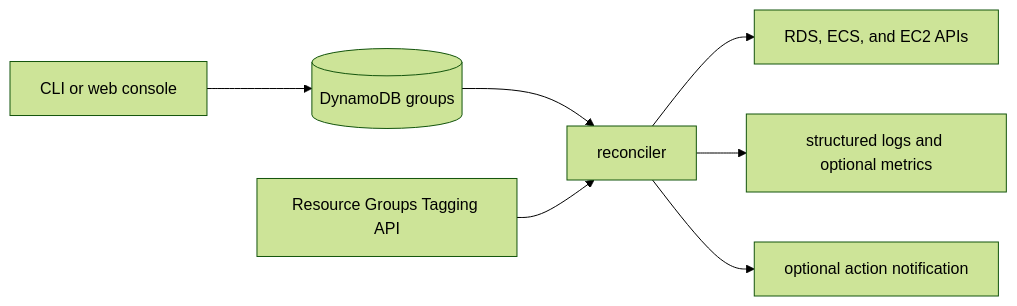
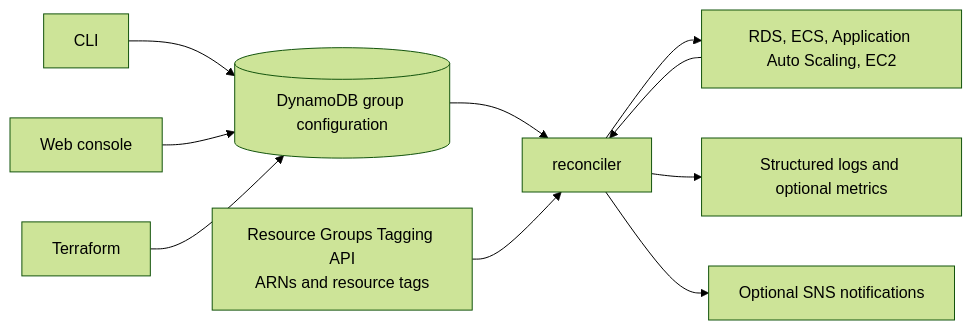
One commit to moepig/cheapskate changed the diagram in docs/en/architecture/overview.md. Above: the diagram before and after it, drawn with Mermaid (forest theme). The commit also changed other lines of this file and 63 other files, not shown here.

````diff
--- a/docs/en/architecture/overview.md
+++ b/docs/en/architecture/overview.md
@@ -5,9 +9,12 @@
 ```mermaid
 flowchart LR
-  C[CLI or web console] --> D[(DynamoDB groups)]
-  D --> R[reconciler]
-  T[Resource Groups Tagging API] --> R
-  R --> A[RDS, ECS, and EC2 APIs]
-  R --> L[structured logs and optional metrics]
-  R --> N[optional action notification]
+    CLI["CLI"] --> Groups[("DynamoDB group configuration")]
+    Web["Web console"] --> Groups
+    Terraform["Terraform"] --> Groups
+    Groups --> Reconciler["reconciler"]
+    Tagging["Resource Groups Tagging API<br/>ARNs and resource tags"] --> Reconciler
+    Reconciler --> Resources["RDS, ECS, Application Auto Scaling, EC2"]
+    Resources --> Reconciler
+    Reconciler --> Logs["Structured logs and optional metrics"]
+    Reconciler --> Notifications["Optional SNS notifications"]
 ```
````
